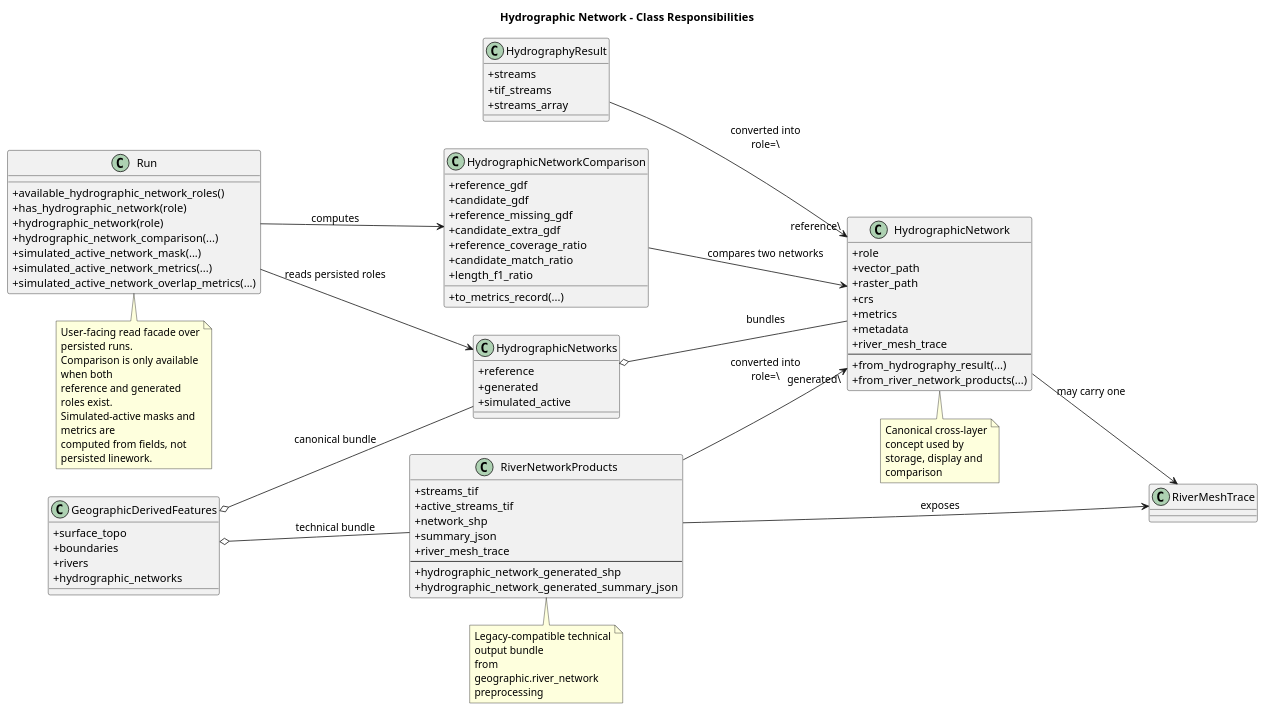
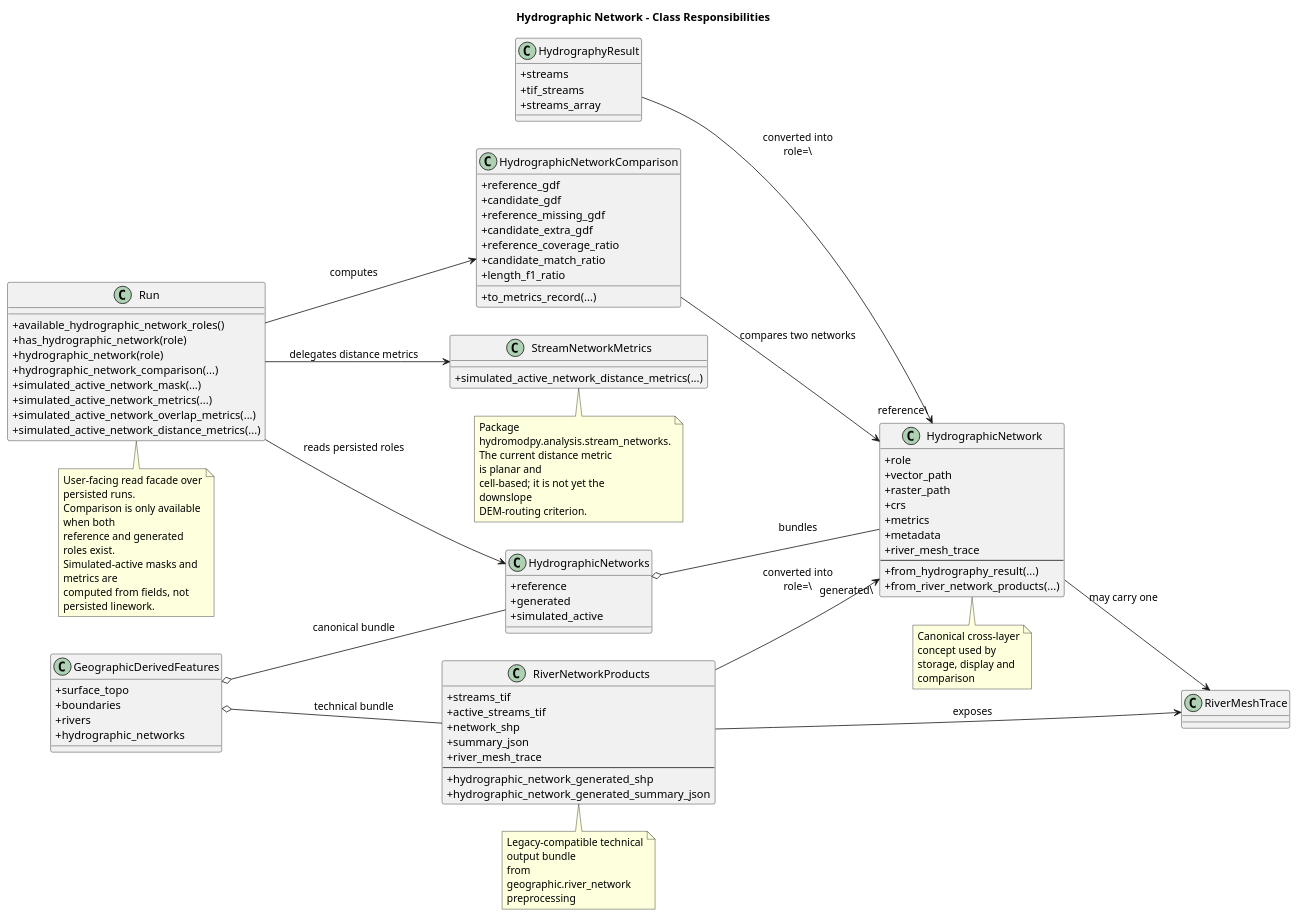
Before and after one commit to HydroModPy/HydroModPy: the diagram in docs/readthedocs/source/architecture/overview/diagrams/hydrographic_network_class_map.wsd, drawn with PlantUML. The commit also changed 255 other files, not shown here.

```diff
--- a/docs/readthedocs/source/architecture/overview/diagrams/hydrographic_network_class_map.wsd
+++ b/docs/readthedocs/source/architecture/overview/diagrams/hydrographic_network_class_map.wsd
@@ -1,101 +1,114 @@
 @startuml
 title Hydrographic Network - Class Responsibilities
 left to right direction
 skinparam classAttributeIconSize 0
 skinparam wrapWidth 180
 
 class HydrographyResult {
   +streams
   +tif_streams
   +streams_array
 }
 
 class RiverNetworkProducts {
   +streams_tif
   +active_streams_tif
   +network_shp
   +summary_json
   +river_mesh_trace
   --
   +hydrographic_network_generated_shp
   +hydrographic_network_generated_summary_json
 }
 
 class RiverMeshTrace
 
 class HydrographicNetwork {
   +role
   +vector_path
   +raster_path
   +crs
   +metrics
   +metadata
   +river_mesh_trace
   --
   +from_hydrography_result(...)
   +from_river_network_products(...)
 }
 
 class HydrographicNetworks {
   +reference
   +generated
   +simulated_active
 }
 
 class HydrographicNetworkComparison {
   +reference_gdf
   +candidate_gdf
   +reference_missing_gdf
   +candidate_extra_gdf
   +reference_coverage_ratio
   +candidate_match_ratio
   +length_f1_ratio
   +to_metrics_record(...)
 }
 
+class StreamNetworkMetrics {
+  +simulated_active_network_distance_metrics(...)
+}
+
 class GeographicDerivedFeatures {
   +surface_topo
   +boundaries
   +rivers
   +hydrographic_networks
 }
 
 class Run {
   +available_hydrographic_network_roles()
   +has_hydrographic_network(role)
   +hydrographic_network(role)
   +hydrographic_network_comparison(...)
   +simulated_active_network_mask(...)
   +simulated_active_network_metrics(...)
   +simulated_active_network_overlap_metrics(...)
+  +simulated_active_network_distance_metrics(...)
 }
 
 HydrographyResult --> HydrographicNetwork : converted into\nrole=\"reference\"
 RiverNetworkProducts --> HydrographicNetwork : converted into\nrole=\"generated\"
 RiverNetworkProducts --> RiverMeshTrace : exposes
 HydrographicNetwork --> RiverMeshTrace : may carry one
 HydrographicNetworks o-- HydrographicNetwork : bundles
 GeographicDerivedFeatures o-- RiverNetworkProducts : technical bundle
 GeographicDerivedFeatures o-- HydrographicNetworks : canonical bundle
 Run --> HydrographicNetworks : reads persisted roles
 Run --> HydrographicNetworkComparison : computes
+Run --> StreamNetworkMetrics : delegates distance metrics
 HydrographicNetworkComparison --> HydrographicNetwork : compares two networks
 
 note bottom of RiverNetworkProducts
 Legacy-compatible technical output bundle
 from geographic.river_network preprocessing
 end note
 
 note bottom of HydrographicNetwork
 Canonical cross-layer concept used by
 storage, display and comparison
 end note
 
 note bottom of Run
 User-facing read facade over persisted runs.
 Comparison is only available when both
 reference and generated roles exist.
 Simulated-active masks and metrics are
 computed from fields, not persisted linework.
 end note
+
+note bottom of StreamNetworkMetrics
+Package hydromodpy.analysis.stream_networks.
+The current distance metric is planar and
+cell-based; it is not yet the downslope
+DEM-routing criterion.
+end note
 @enduml
```
